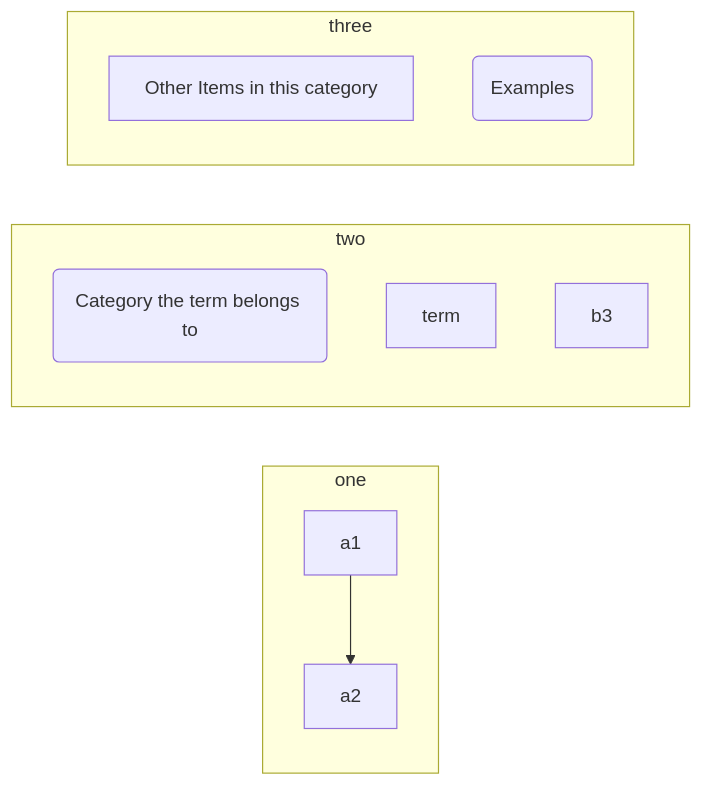
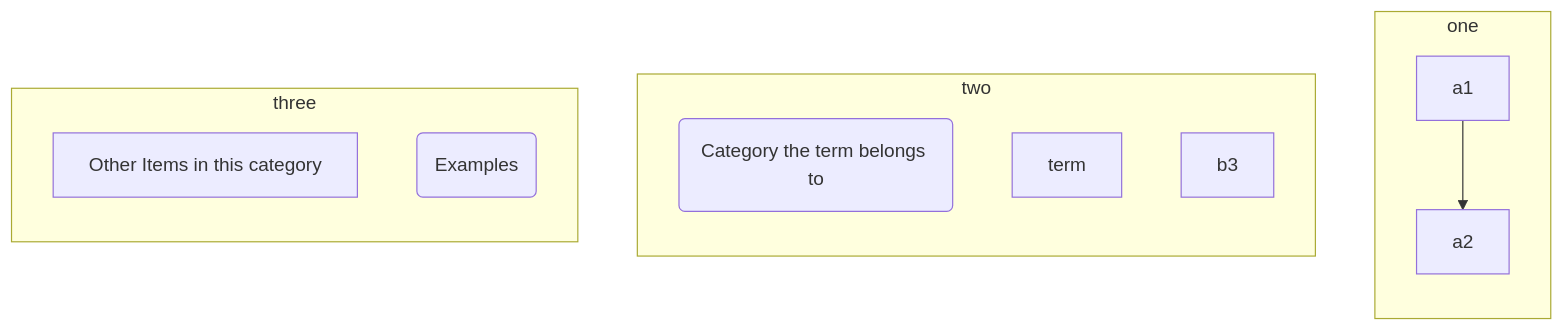
Before and after one commit to gerbssusd/dok: the diagram in slides.md, drawn with Mermaid.

````diff
--- a/slides.md
+++ b/slides.md
@@ -217,24 +217,24 @@
 ```mermaid
-flowchart LR
+flowchart 
     subgraph one 
      direction TB
     a1-->a2
      end
     subgraph two
       direction TB
         b1(Category the term belongs to)
         b2[term]
         b3 
         end
     subgraph three 
       direction TB
     c1[Other Items in this category] 
     c2(Examples)
     end
 
 
 
 
 
 
 ```
````
